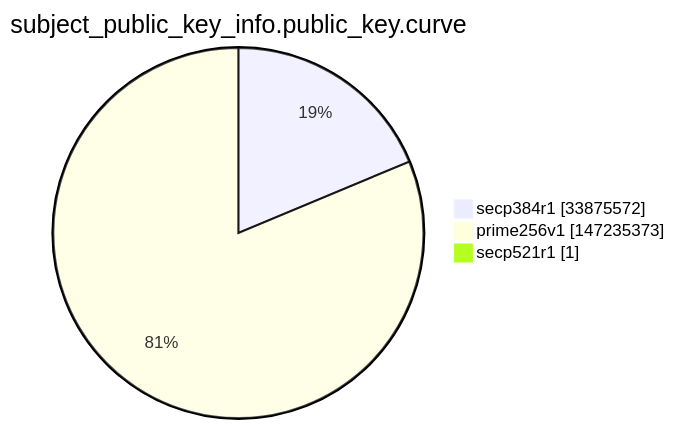
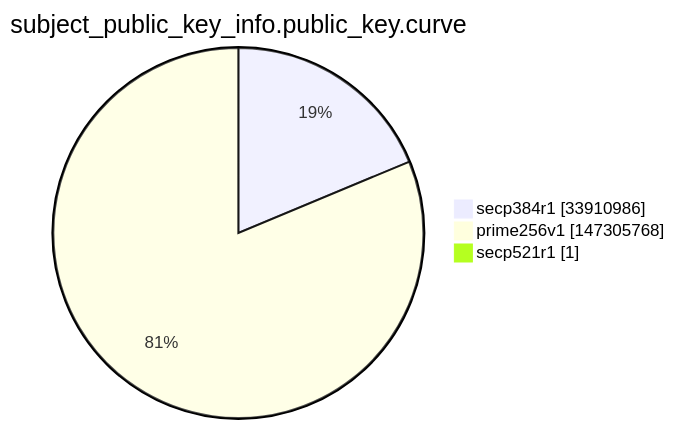
One commit to christiankrug/ctmonitor_visualization changed the ninth of 15 diagrams in argon2022/README.md. Above: the diagram before and after it, drawn with Mermaid. The commit also changed other lines of this file, not shown here.

````diff
--- a/argon2022/README.md
+++ b/argon2022/README.md
@@ -2764,7 +2764,7 @@
 ```mermaid
 pie showData
 title subject_public_key_info.public_key.curve
-"secp384r1" :33875572
-"prime256v1" :147235373
+"secp384r1" :33910986
+"prime256v1" :147305768
 "secp521r1" :1
 ```
````
